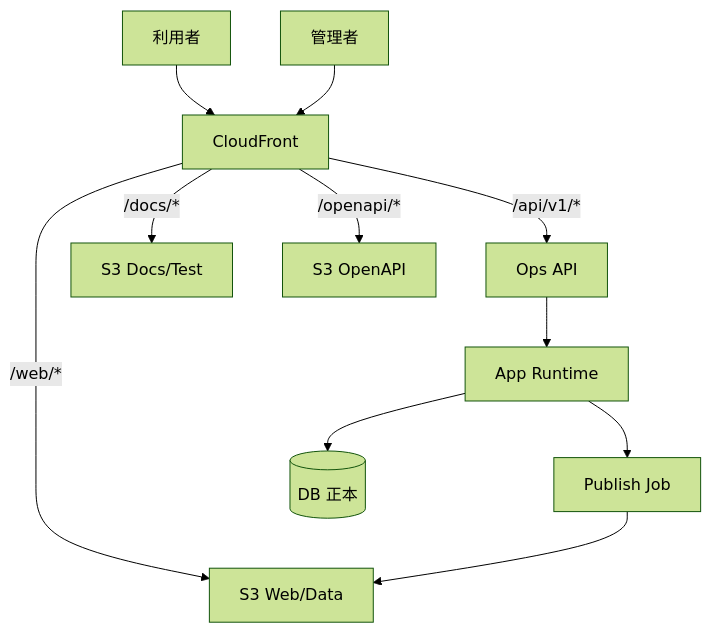
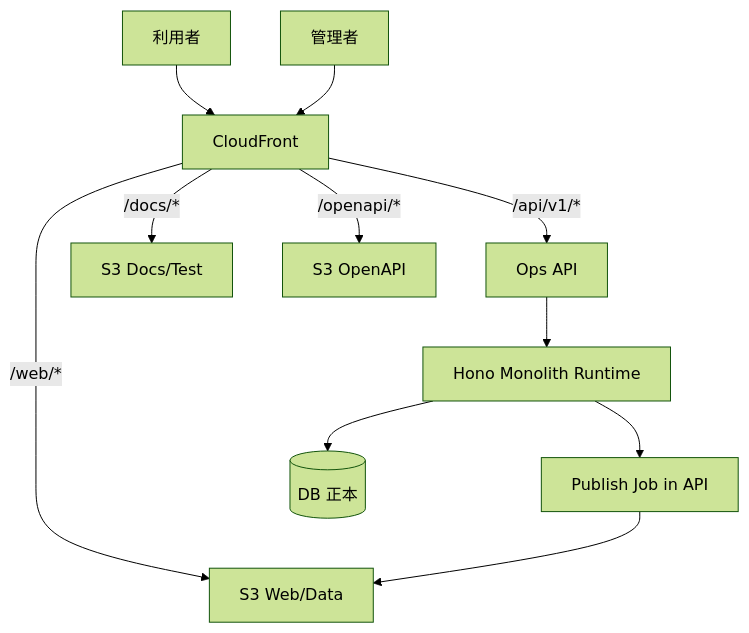
The diagram in docs/2.基本設計(BD)/21.アーキテクチャ概要/BD-ARCH-003.md (tsuji-tomonori/diopside-v3), drawn with Mermaid (forest theme) before and after one commit. The commit also changed other lines of this file and 25 other files, not shown here.

````diff
--- a/docs/2.基本設計(BD)/21.アーキテクチャ概要/BD-ARCH-003.md
+++ b/docs/2.基本設計(BD)/21.アーキテクチャ概要/BD-ARCH-003.md
@@ -43,15 +43,15 @@
 ```mermaid
 flowchart TD
   USER[利用者] --> CF[CloudFront]
   ADMIN[管理者] --> CF
 
   CF -->|/web/*| S3WEB[S3 Web/Data]
   CF -->|/docs/*| S3DOC[S3 Docs/Test]
   CF -->|/openapi/*| S3OAS[S3 OpenAPI]
   CF -->|/api/v1/*| API[Ops API]
 
-  API --> APP[App Runtime]
+  API --> APP[Hono Monolith Runtime]
   APP --> DB[(DB 正本)]
-  APP --> JOB[Publish Job]
+  APP --> JOB[Publish Job in API]
   JOB --> S3WEB
 ```
````
